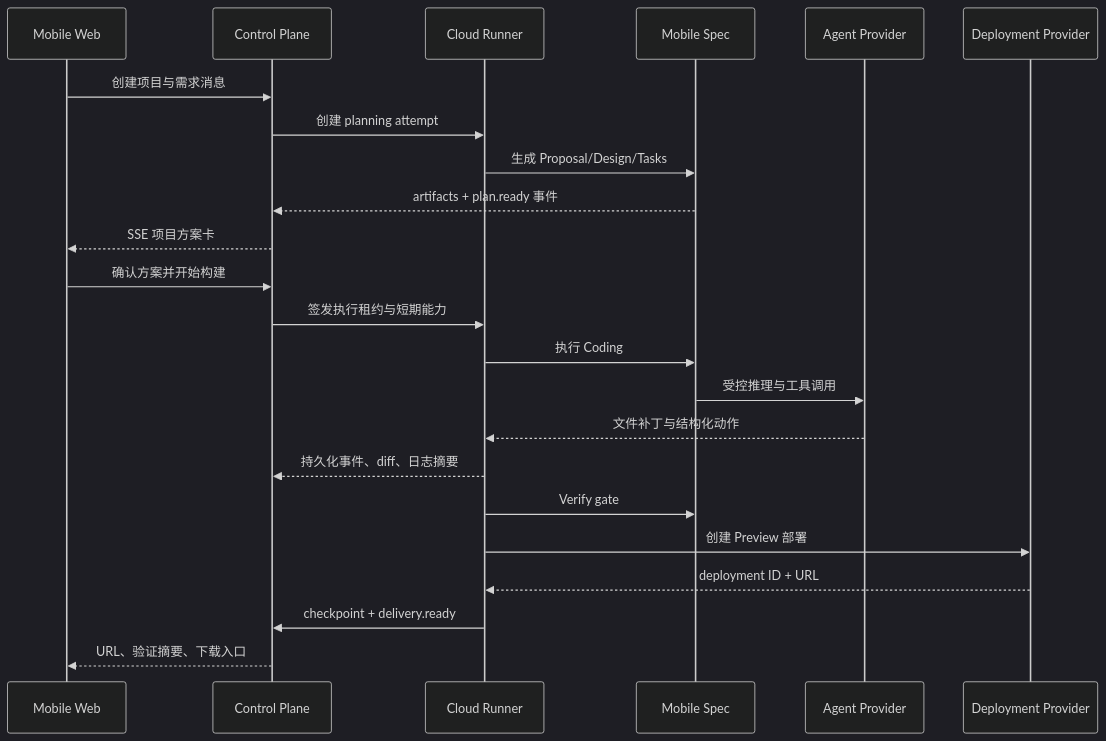
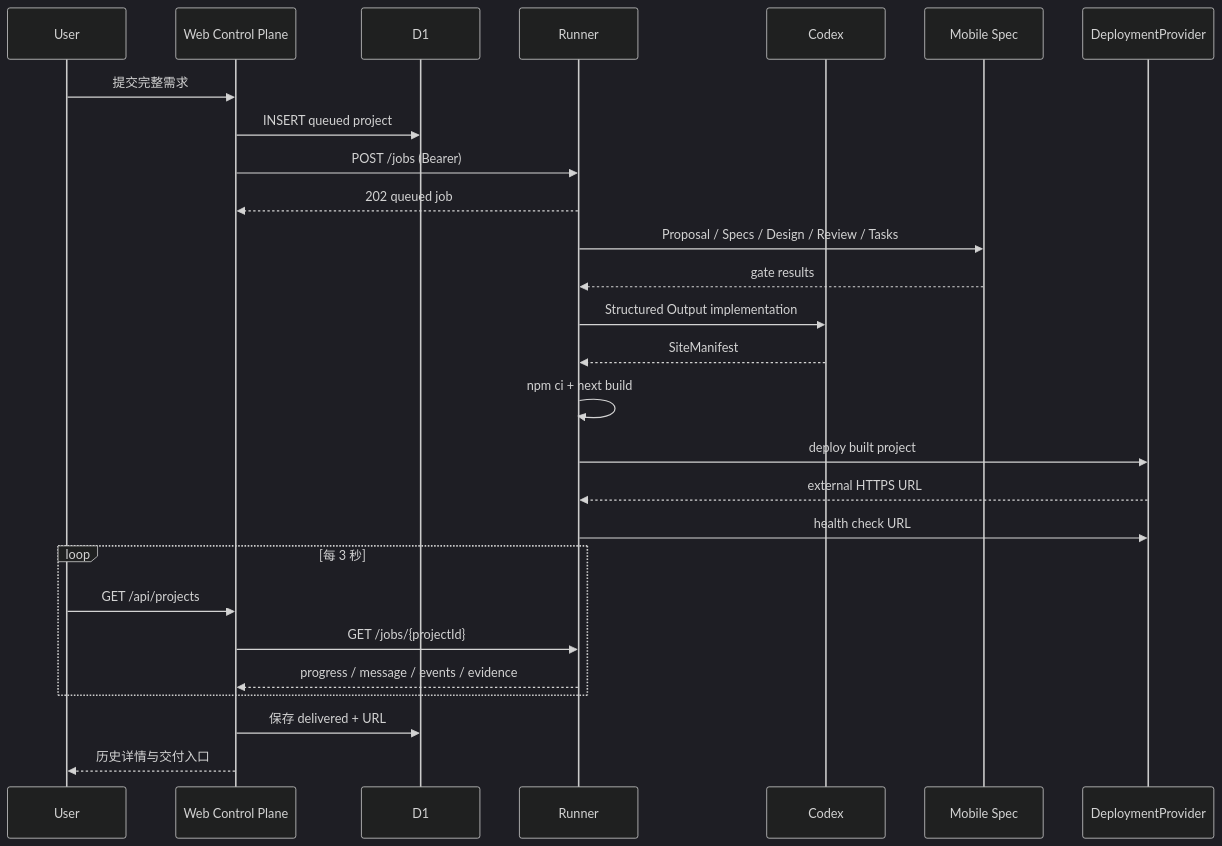
Before and after one commit to JonasQiu/mobile-app-build: the second of 2 diagrams in docs/总体技术方案.md, drawn with Mermaid (dark theme). The commit also changed other lines of this file and 16 other files, not shown here.

````diff
--- a/docs/总体技术方案.md
+++ b/docs/总体技术方案.md
@@ -110,26 +27,30 @@
 ```mermaid
 sequenceDiagram
-  participant U as Mobile Web
-  participant C as Control Plane
-  participant R as Cloud Runner
+  participant U as User
+  participant W as Web Control Plane
+  participant D as D1
+  participant R as Runner
+  participant C as Codex
   participant M as Mobile Spec
-  participant A as Agent Provider
-  participant D as Deployment Provider
+  participant P as DeploymentProvider
 
-  U->>C: 创建项目与需求消息
-  C->>R: 创建 planning attempt
-  R->>M: 生成 Proposal/Design/Tasks
-  M-->>C: artifacts + plan.ready 事件
-  C-->>U: SSE 项目方案卡
-  U->>C: 确认方案并开始构建
-  C->>R: 签发执行租约与短期能力
-  R->>M: 执行 Coding
-  M->>A: 受控推理与工具调用
-  A-->>R: 文件补丁与结构化动作
-  R-->>C: 持久化事件、diff、日志摘要
-  R->>M: Verify gate
-  R->>D: 创建 Preview 部署
-  D-->>R: deployment ID + URL
-  R->>C: checkpoint + delivery.ready
-  C-->>U: URL、验证摘要、下载入口
+  U->>W: 提交完整需求
+  W->>D: INSERT queued project
+  W->>R: POST /jobs (Bearer)
+  R-->>W: 202 queued job
+  R->>M: Proposal / Specs / Design / Review / Tasks
+  M-->>R: gate results
+  R->>C: Structured Output implementation
+  C-->>R: SiteManifest
+  R->>R: npm ci + next build
+  R->>P: deploy built project
+  P-->>R: external HTTPS URL
+  R->>P: health check URL
+  loop 每 3 秒
+    U->>W: GET /api/projects
+    W->>R: GET /jobs/{projectId}
+    R-->>W: progress / message / events / evidence
+  end
+  W->>D: 保存 delivered + URL
+  W-->>U: 历史详情与交付入口
 ```
````
